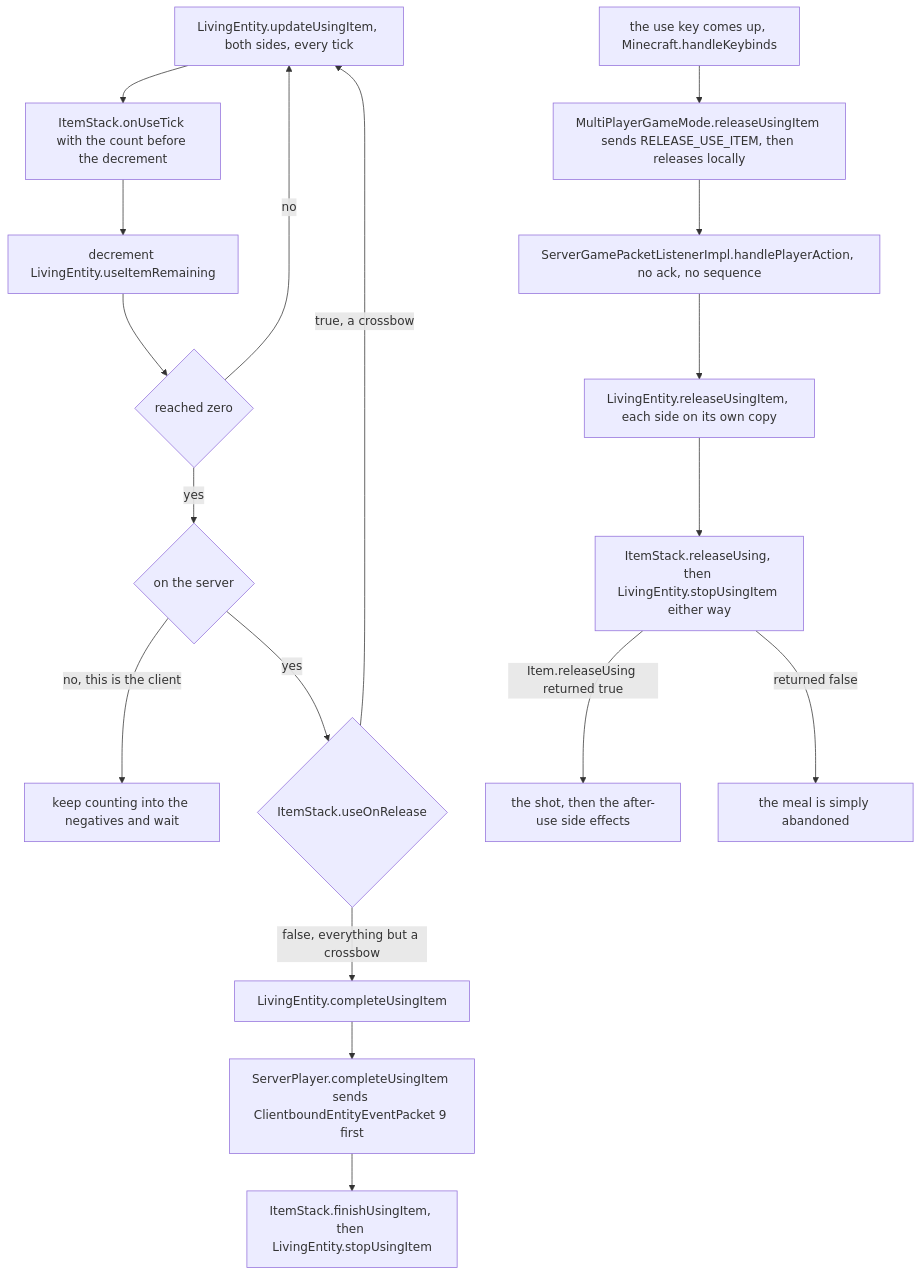
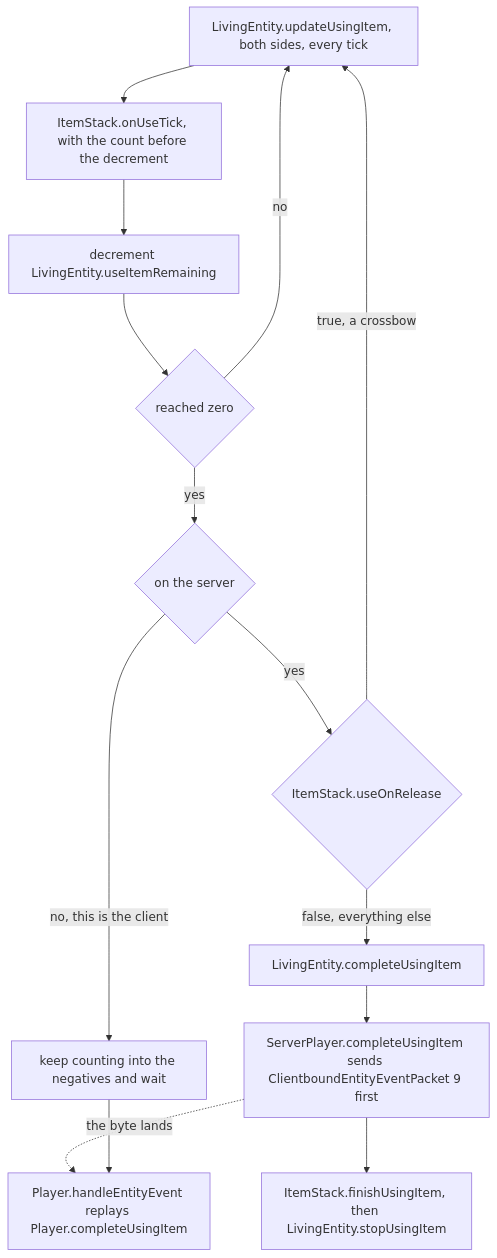
The first of 4 diagrams in src/systems/items/using-an-item.md (AlexanderjFraser/MinecraftDocs), drawn with Mermaid before and after one commit. The commit also changed other lines of this file and 19 other files, not shown here.

````diff
--- a/src/systems/items/using-an-item.md
+++ b/src/systems/items/using-an-item.md
@@ -227,21 +230,17 @@
 ```mermaid
 flowchart TD
     T["LivingEntity.updateUsingItem, both sides, every tick"]
-    T --> A["ItemStack.onUseTick with the count before the decrement"]
+    T --> A["ItemStack.onUseTick, with the count before the decrement"]
     A --> B["decrement LivingEntity.useItemRemaining"]
     B --> C{"reached zero"}
     C -- no --> T
     C -- yes --> D{"on the server"}
-    D -- "no, this is the client" --> W["keep counting into the negatives and wait"]
+    D -- "no, this is the client" --> W["keep counting into the negatives and wait"]:::client
     D -- yes --> E{"ItemStack.useOnRelease"}
-    E -- "false, everything but a crossbow" --> F["LivingEntity.completeUsingItem"]
     E -- "true, a crossbow" --> T
-    F --> G["ServerPlayer.completeUsingItem sends ClientboundEntityEventPacket 9 first"]
-    G --> H["ItemStack.finishUsingItem, then LivingEntity.stopUsingItem"]
-    R["the use key comes up, Minecraft.handleKeybinds"] --> S["MultiPlayerGameMode.releaseUsingItem sends RELEASE_USE_ITEM, then releases locally"]
-    S --> P["ServerGamePacketListenerImpl.handlePlayerAction, no ack, no sequence"]
-    P --> Q["LivingEntity.releaseUsingItem, each side on its own copy"]
-    Q --> K["ItemStack.releaseUsing, then LivingEntity.stopUsingItem either way"]
-    K -- "Item.releaseUsing returned true" --> L["the shot, then the after-use side effects"]
-    K -- "returned false" --> M["the meal is simply abandoned"]
+    E -- "false, everything else" --> F["LivingEntity.completeUsingItem"]:::server
+    F --> G["ServerPlayer.completeUsingItem sends ClientboundEntityEventPacket 9 first"]:::server
+    G --> H["ItemStack.finishUsingItem, then LivingEntity.stopUsingItem"]:::server
+    G -. "the byte lands" .-> X["Player.handleEntityEvent replays Player.completeUsingItem"]:::client
+    W --> X
 ```
````
